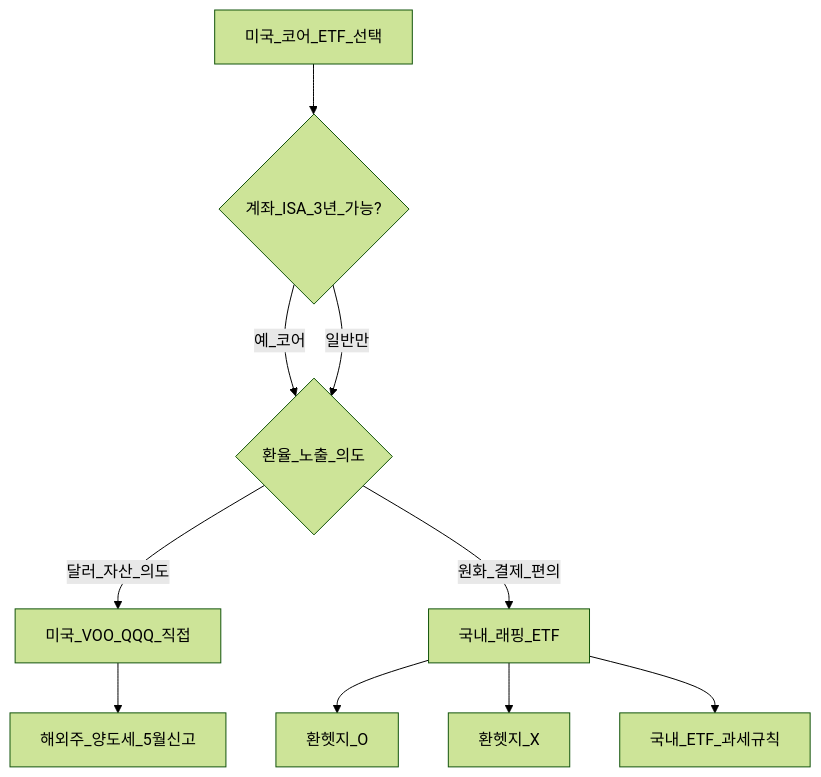
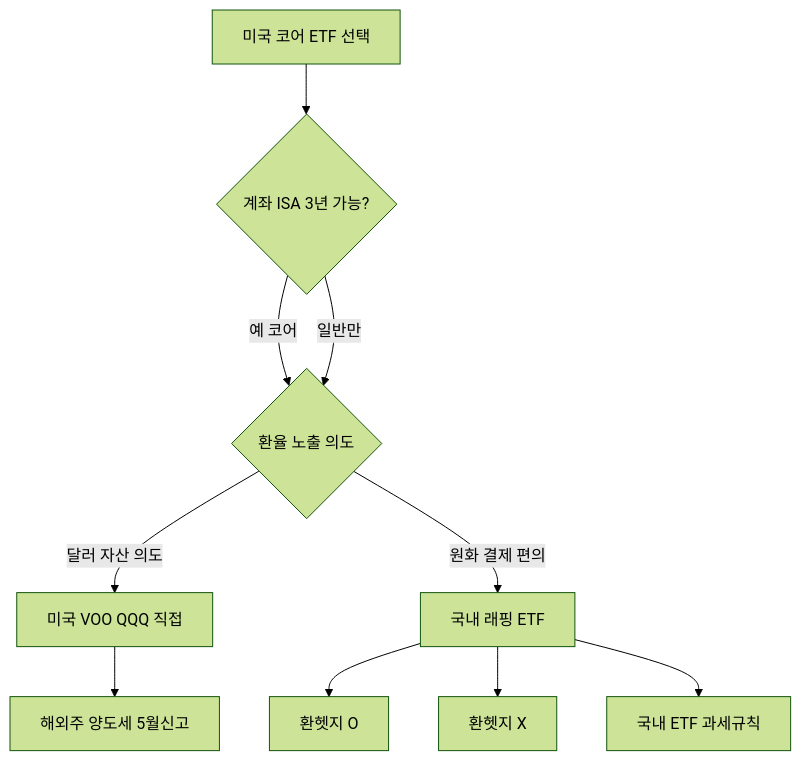
The second of 2 diagrams in 03-markets/us-equity-indices-etf.md (goldanghenry/Finances), drawn with Mermaid (forest theme) before and after one commit. The commit also changed other lines of this file and 211 other files, not shown here.

````diff
--- a/03-markets/us-equity-indices-etf.md
+++ b/03-markets/us-equity-indices-etf.md
@@ -184,19 +190,19 @@
 ```mermaid
 flowchart TD
-  Start[미국_코어_ETF_선택]
-  Acct{계좌_ISA_3년_가능?}
-  FX{환율_노출_의도}
-  Direct[미국_VOO_QQQ_직접]
-  Wrap[국내_래핑_ETF]
-  HedgeO[환헷지_O]
-  HedgeX[환헷지_X]
+  Start["미국 코어 ETF 선택"]
+  Acct{"계좌 ISA 3년 가능?"}
+  FX{"환율 노출 의도"}
+  Direct["미국 VOO QQQ 직접"]
+  Wrap["국내 래핑 ETF"]
+  HedgeO["환헷지 O"]
+  HedgeX["환헷지 X"]
   Start --> Acct
-  Acct -->|예_코어| FX
+  Acct -->|"예 코어"| FX
   Acct -->|일반만| FX
-  FX -->|달러_자산_의도| Direct
-  FX -->|원화_결제_편의| Wrap
+  FX -->|"달러 자산 의도"| Direct
+  FX -->|"원화 결제 편의"| Wrap
   Wrap --> HedgeO
   Wrap --> HedgeX
-  Direct --> Tax[해외주_양도세_5월신고]
-  Wrap --> Tax2[국내_ETF_과세규칙]
+  Direct --> Tax["해외주 양도세 5월신고"]
+  Wrap --> Tax2["국내 ETF 과세규칙"]
 ```
````
